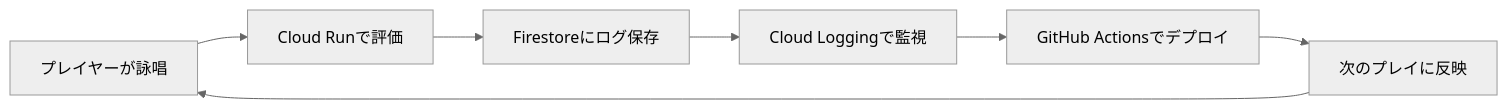
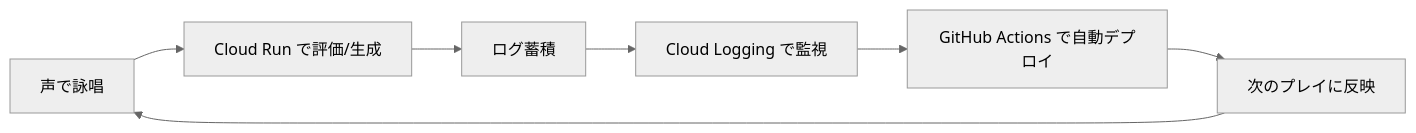
Before and after one commit to SoleiYuta/voice-spell-rpg: the diagram in wiki/AI-Grimoire/01_ハッカソン要件対応.md, drawn with Mermaid (neutral theme). The commit also changed other lines of this file, not shown here.

````diff
--- a/wiki/AI-Grimoire/01_ハッカソン要件対応.md
+++ b/wiki/AI-Grimoire/01_ハッカソン要件対応.md
@@ -33,9 +110,9 @@
 ```mermaid
 flowchart LR
-    A[プレイヤーが詠唱] --> B[Cloud Runで評価]
-    B --> C[Firestoreにログ保存]
-    C --> D[Cloud Loggingで監視]
-    D --> E[GitHub Actionsでデプロイ]
+    A[声で詠唱] --> B[Cloud Run で評価/生成]
+    B --> C[ログ蓄積]
+    C --> D[Cloud Logging で監視]
+    D --> E[GitHub Actions で自動デプロイ]
     E --> F[次のプレイに反映]
     F --> A
 ```
````
